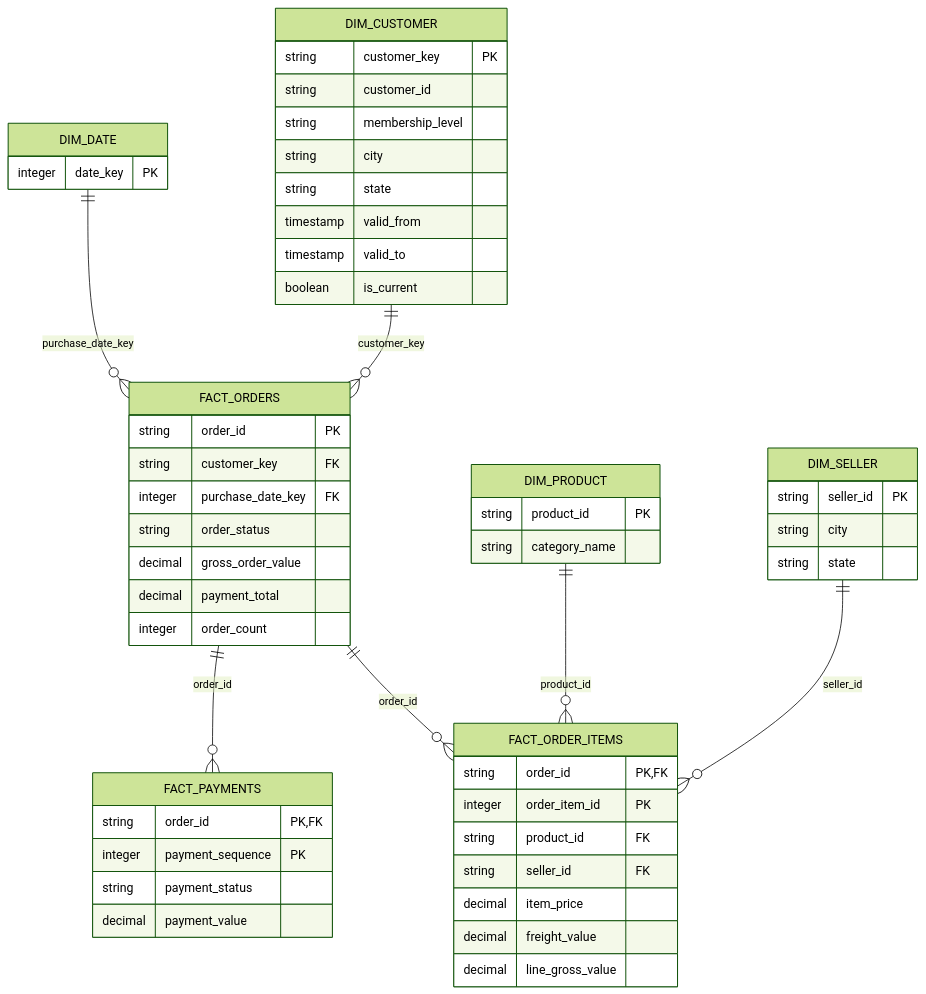
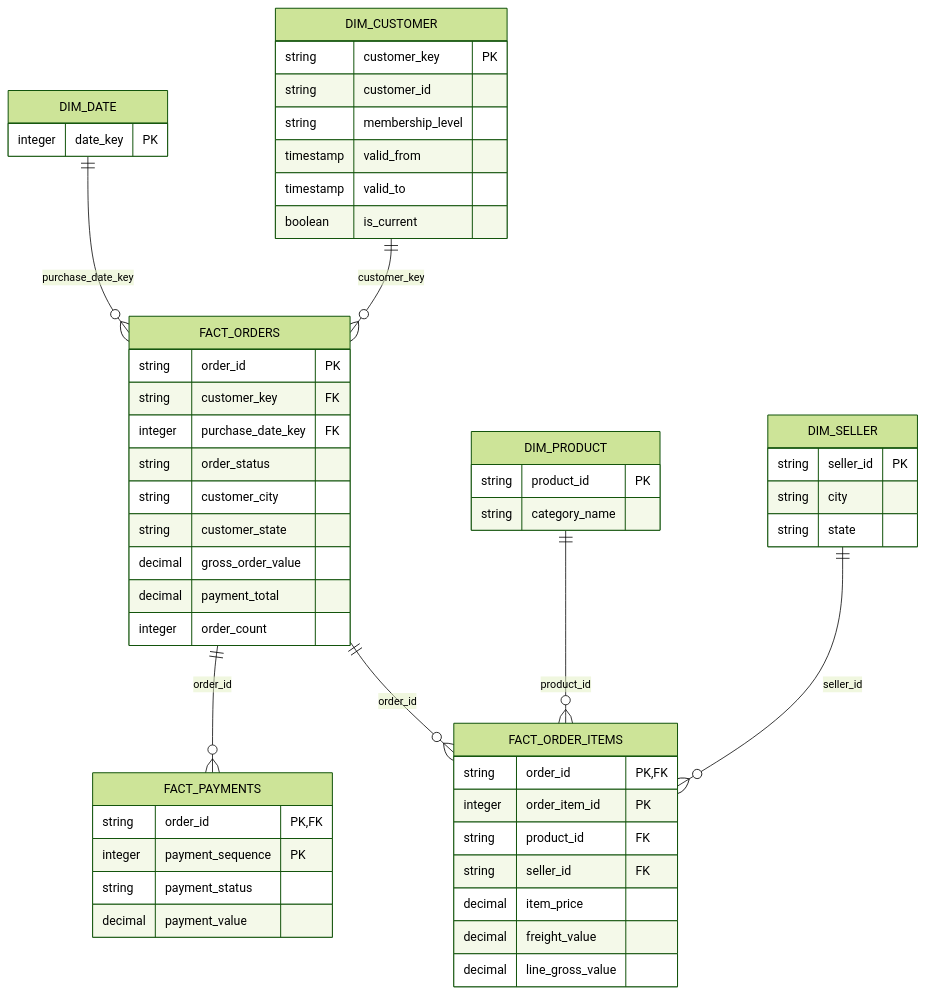
Before and after one commit to khangte/commerce-data-platform: the diagram in docs/architecture/data-transformation-flow.md, drawn with Mermaid (forest theme). The commit also changed other lines of this file, not shown here.

Commit message:
docs: Mart ERD와 증분 추출 설명을 실제 구현과 맞춘다
dim_customer에서 city/state 제거하고 fact_orders에 customer_city/state로
이동한다 (Membership Grain 분리 이후 주문 시점 배송지 스냅샷). 증분 추출
Cursor 컬럼이 Table마다 다름을 명시한다.

````diff
--- a/docs/architecture/data-transformation-flow.md
+++ b/docs/architecture/data-transformation-flow.md
@@ -403,62 +403,62 @@
 ```mermaid
 erDiagram
     DIM_CUSTOMER ||--o{ FACT_ORDERS : customer_key
     DIM_DATE ||--o{ FACT_ORDERS : purchase_date_key
     FACT_ORDERS ||--o{ FACT_ORDER_ITEMS : order_id
     FACT_ORDERS ||--o{ FACT_PAYMENTS : order_id
     DIM_PRODUCT ||--o{ FACT_ORDER_ITEMS : product_id
     DIM_SELLER ||--o{ FACT_ORDER_ITEMS : seller_id
 
     DIM_CUSTOMER {
         string customer_key PK
         string customer_id
         string membership_level
-        string city
-        string state
         timestamp valid_from
         timestamp valid_to
         boolean is_current
     }
 
     DIM_PRODUCT {
         string product_id PK
         string category_name
     }
 
     DIM_SELLER {
         string seller_id PK
         string city
         string state
     }
 
     DIM_DATE {
         integer date_key PK
     }
 
     FACT_ORDERS {
         string order_id PK
         string customer_key FK
         integer purchase_date_key FK
         string order_status
+        string customer_city
+        string customer_state
         decimal gross_order_value
         decimal payment_total
         integer order_count
     }
 
     FACT_ORDER_ITEMS {
         string order_id PK, FK
         integer order_item_id PK
         string product_id FK
         string seller_id FK
         decimal item_price
         decimal freight_value
         decimal line_gross_value
     }
 
     FACT_PAYMENTS {
         string order_id PK, FK
         integer payment_sequence PK
         string payment_status
         decimal payment_value
     }
 ```
````
